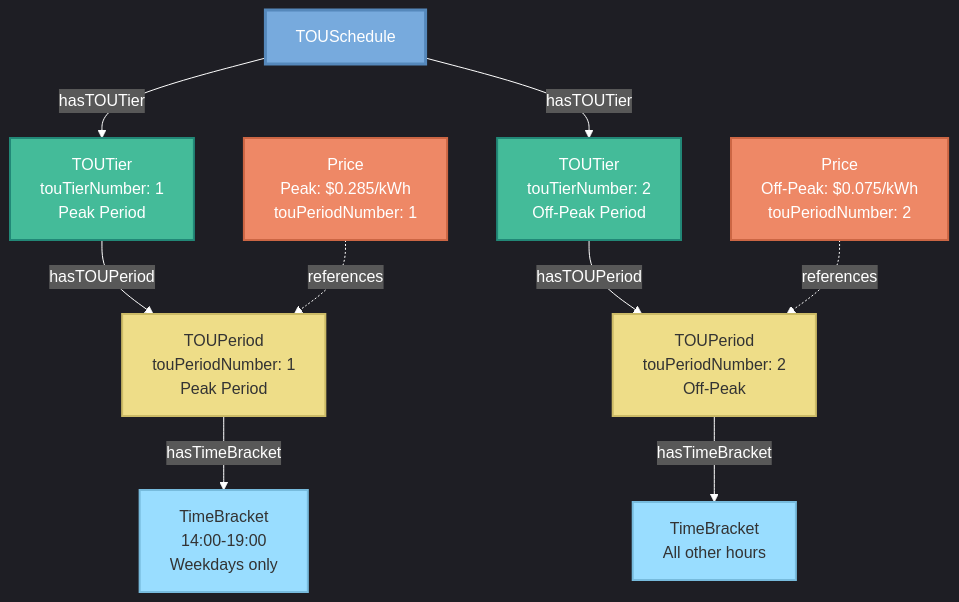
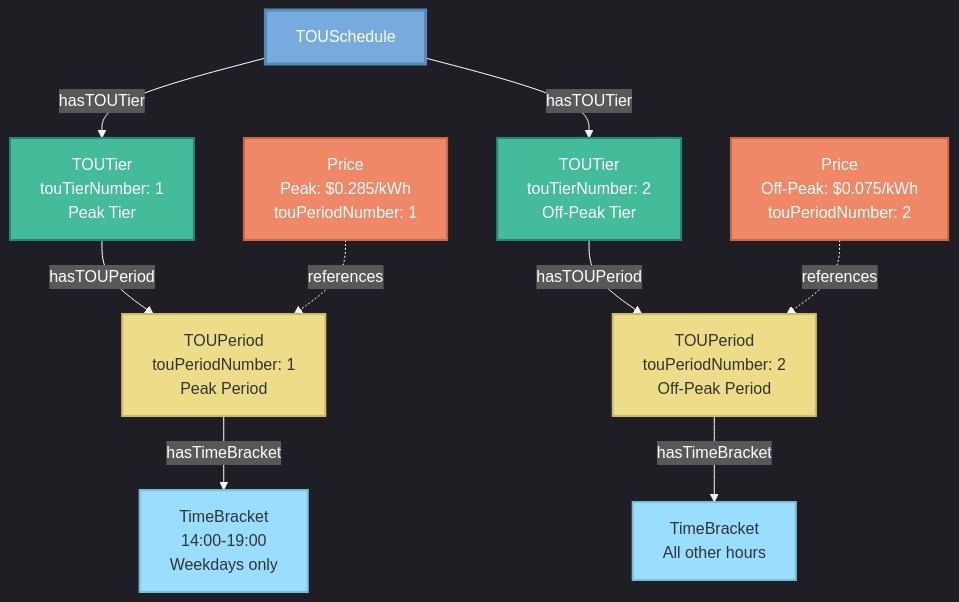
Before and after one commit to urpx-org/urpx: the diagram in documentation/pages/urpx-data-dictionary.md, drawn with Mermaid. The commit also changed other lines of this file and 15 other files, not shown here.

````diff
--- a/documentation/pages/urpx-data-dictionary.md
+++ b/documentation/pages/urpx-data-dictionary.md
@@ -410,54 +410,54 @@
 ```mermaid
 %% URPX TOU Structure Diagram
 %% Shows: TOUSchedule → TOUTier → TOUPeriod → TimeBracket hierarchy
 %% Created: January 26, 2026
 %% Paul Tol 2.7 Light color scheme
 
 %%{init: {'theme':'dark', 'themeVariables': { 'darkMode':'true', 'background':'#000000', 'primaryColor':'#77AADD', 'primaryTextColor':'#ffffff', 'primaryBorderColor':'#5588BB', 'lineColor':'#ffffff', 'secondaryColor':'#44BB99', 'tertiaryColor':'#EE8866', 'textColor':'#ffffff', 'nodeTextColor':'#ffffff'}}}%%
 
 graph TB
     
     TOUSchedule[TOUSchedule]
     
     %% TOU Tiers
-    Tier1[TOUTier<br/>touTierNumber: 1<br/>Peak Period]
-    Tier2[TOUTier<br/>touTierNumber: 2<br/>Off-Peak Period]
+    Tier1[TOUTier<br/>touTierNumber: 1<br/>Peak Tier]
+    Tier2[TOUTier<br/>touTierNumber: 2<br/>Off-Peak Tier]
     
     %% TOU Periods
     Period1[TOUPeriod<br/>touPeriodNumber: 1<br/>Peak Period]
-    Period2[TOUPeriod<br/>touPeriodNumber: 2<br/>Off-Peak]
+    Period2[TOUPeriod<br/>touPeriodNumber: 2<br/>Off-Peak Period]
     
     %% Time Brackets
     TB1[TimeBracket<br/>14:00-19:00<br/>Weekdays only]
     TB2[TimeBracket<br/>All other hours]
     
     %% Price References
     Price1[Price<br/>Peak: $0.285/kWh<br/>touPeriodNumber: 1]
     Price2[Price<br/>Off-Peak: $0.075/kWh<br/>touPeriodNumber: 2]
     
     %% Connections
     TOUSchedule -->|hasTOUTier| Tier1
     TOUSchedule -->|hasTOUTier| Tier2
     
     Tier1 -->|hasTOUPeriod| Period1
     Tier2 -->|hasTOUPeriod| Period2
     
     Period1 -->|hasTimeBracket| TB1
     Period2 -->|hasTimeBracket| TB2
     
     Price1 -.->|references| Period1
     Price2 -.->|references| Period2
     
     %% Styling - Paul Tol 2.7 Light colors
     classDef scheduleClass fill:#77AADD,stroke:#5588BB,stroke-width:3px,color:#fff
     classDef tierClass fill:#44BB99,stroke:#228877,stroke-width:2px,color:#fff
     classDef periodClass fill:#EEDD88,stroke:#CCBB66,stroke-width:2px,color:#333
     classDef bracketClass fill:#99DDFF,stroke:#77BBDD,stroke-width:2px,color:#333
     classDef priceClass fill:#EE8866,stroke:#CC6644,stroke-width:2px,color:#fff
     
     class TOUSchedule scheduleClass
     class Tier1,Tier2 tierClass
     class Period1,Period2 periodClass
     class TB1,TB2 bracketClass
     class Price1,Price2 priceClass
 ```
````
